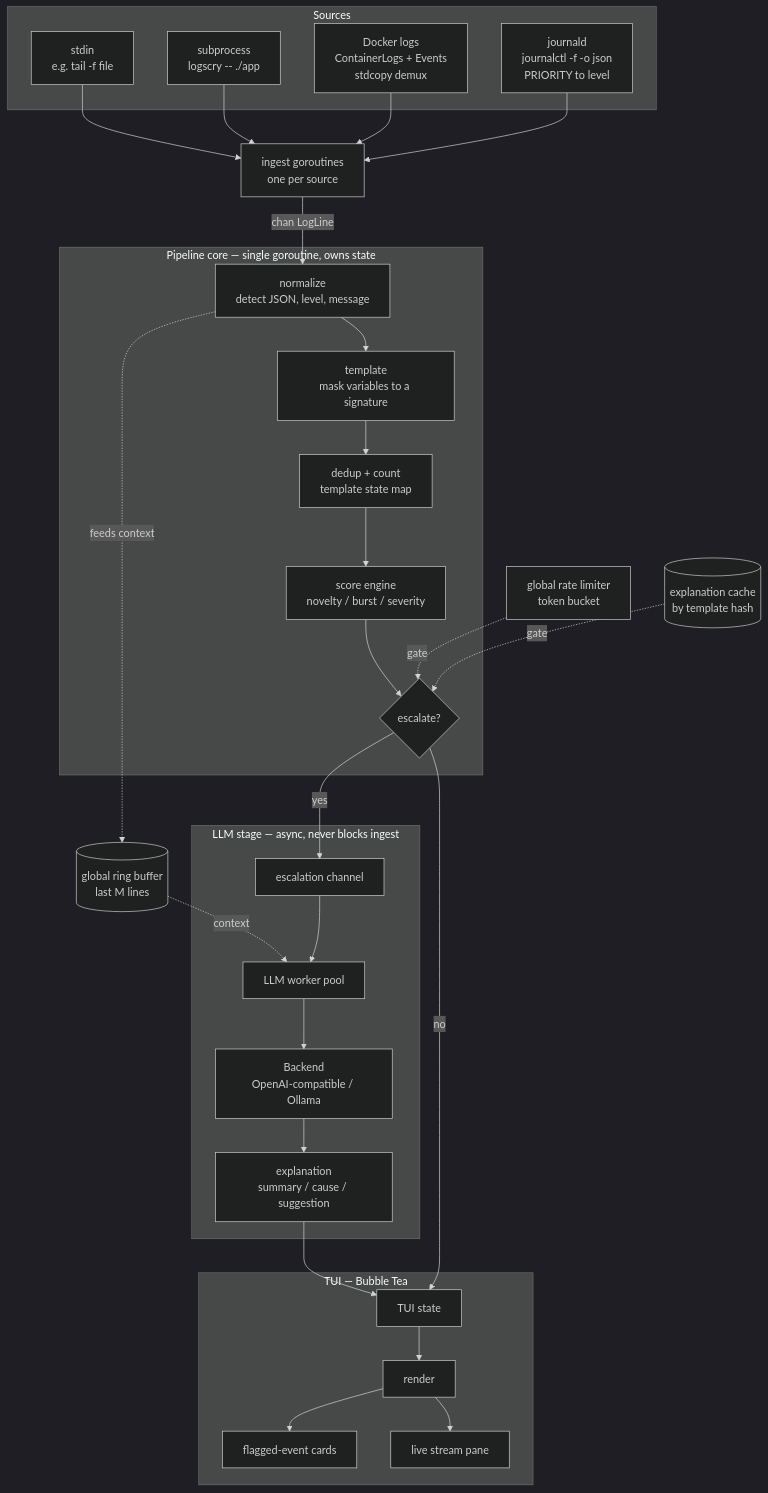
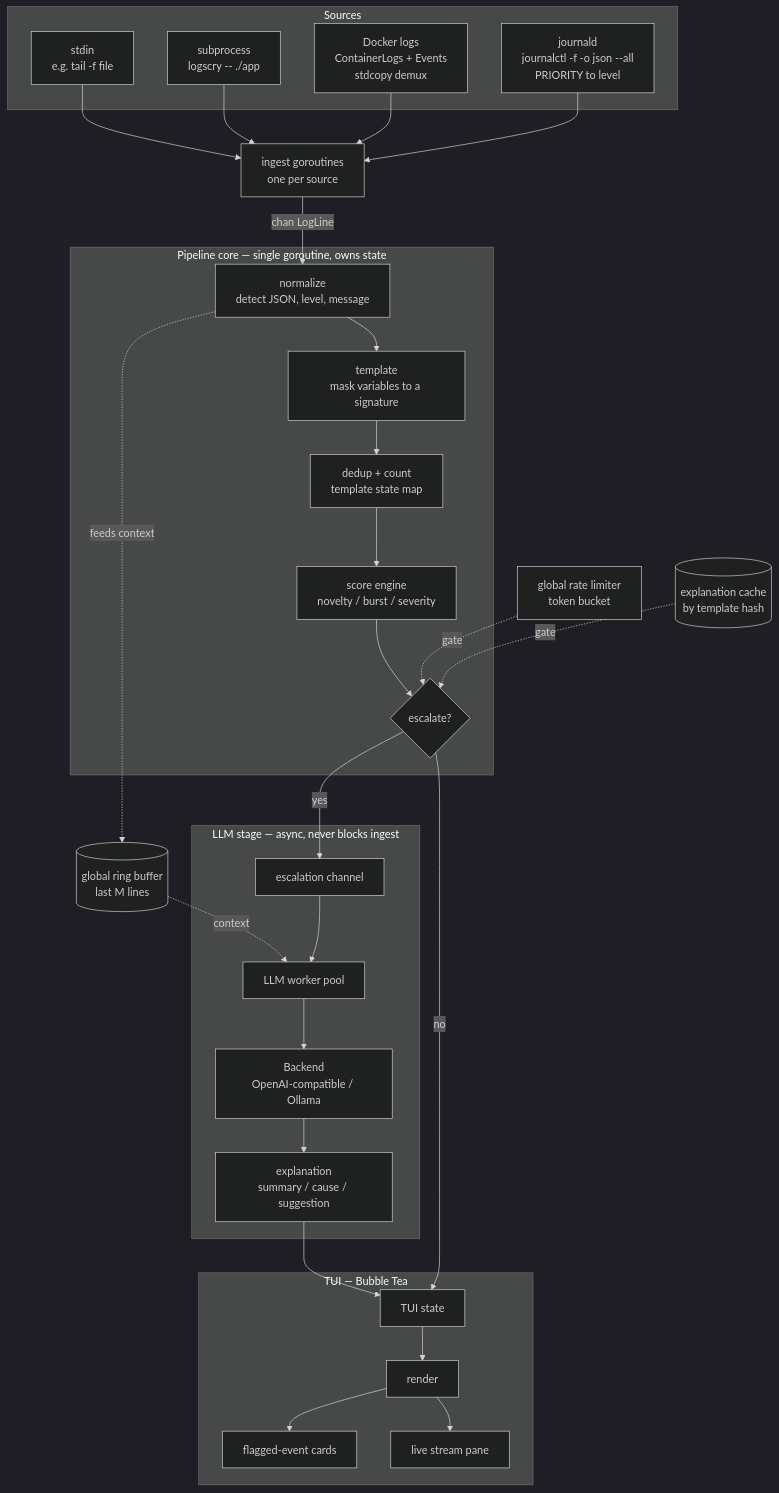
The diagram in README.md (maxie7/logscry), drawn with Mermaid (dark theme) before and after one commit. The commit also changed other lines of this file and 5 other files, not shown here.

First line of the commit message:
fix(ingest): a journald message over 4096 bytes keeps its unit, level and time (#130)

````diff
--- a/README.md
+++ b/README.md
@@ -153,54 +153,54 @@
 ```mermaid
 flowchart TD
     subgraph SRC["Sources"]
         A1["stdin<br/>e.g. tail -f file"]
         A2["subprocess<br/>logscry -- ./app"]
         A3["Docker logs<br/>ContainerLogs + Events<br/>stdcopy demux"]
-        A4["journald<br/>journalctl -f -o json<br/>PRIORITY to level"]
+        A4["journald<br/>journalctl -f -o json --all<br/>PRIORITY to level"]
     end
 
     subgraph CORE["Pipeline core — single goroutine, owns state"]
         NORM["normalize<br/>detect JSON, level, message"]
         TMPL["template<br/>mask variables to a signature"]
         DEDUP["dedup + count<br/>template state map"]
         SCORE["score engine<br/>novelty / burst / severity"]
         DECIDE{"escalate?"}
         NORM --> TMPL --> DEDUP --> SCORE --> DECIDE
     end
 
     subgraph LLMS["LLM stage — async, never blocks ingest"]
         ESCQ["escalation channel"]
         POOL["LLM worker pool"]
         BACKEND["Backend<br/>OpenAI-compatible / Ollama"]
         EXPL["explanation<br/>summary / cause / suggestion"]
         ESCQ --> POOL --> BACKEND --> EXPL
     end
 
     subgraph TUIS["TUI — Bubble Tea"]
         TSTATE["TUI state"]
         RENDER["render"]
         PANE1["live stream pane"]
         PANE2["flagged-event cards"]
         TSTATE --> RENDER
         RENDER --> PANE1
         RENDER --> PANE2
     end
 
     ING["ingest goroutines<br/>one per source"]
     RING[("global ring buffer<br/>last M lines")]
     RL["global rate limiter<br/>token bucket"]
     CACHE[("explanation cache<br/>by template hash")]
 
     A1 --> ING
     A2 --> ING
     A3 --> ING
     A4 --> ING
     ING -->|chan LogLine| NORM
     NORM -. feeds context .-> RING
     RL -. gate .-> DECIDE
     CACHE -. gate .-> DECIDE
     DECIDE -->|no| TSTATE
     DECIDE -->|yes| ESCQ
     RING -. context .-> POOL
     EXPL --> TSTATE
 ```
````
